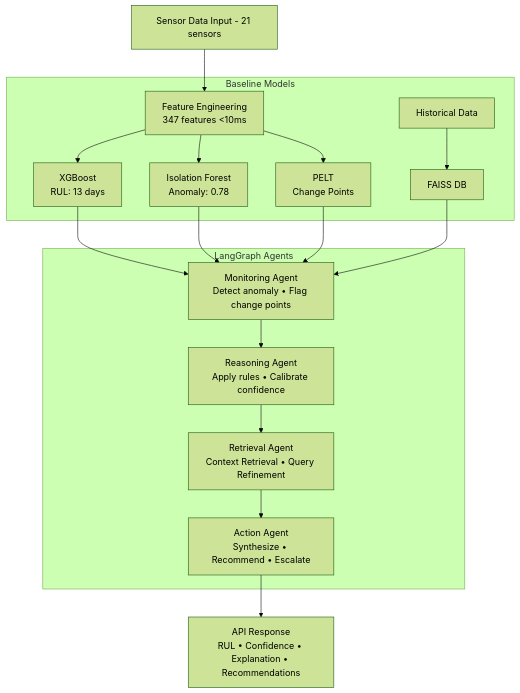
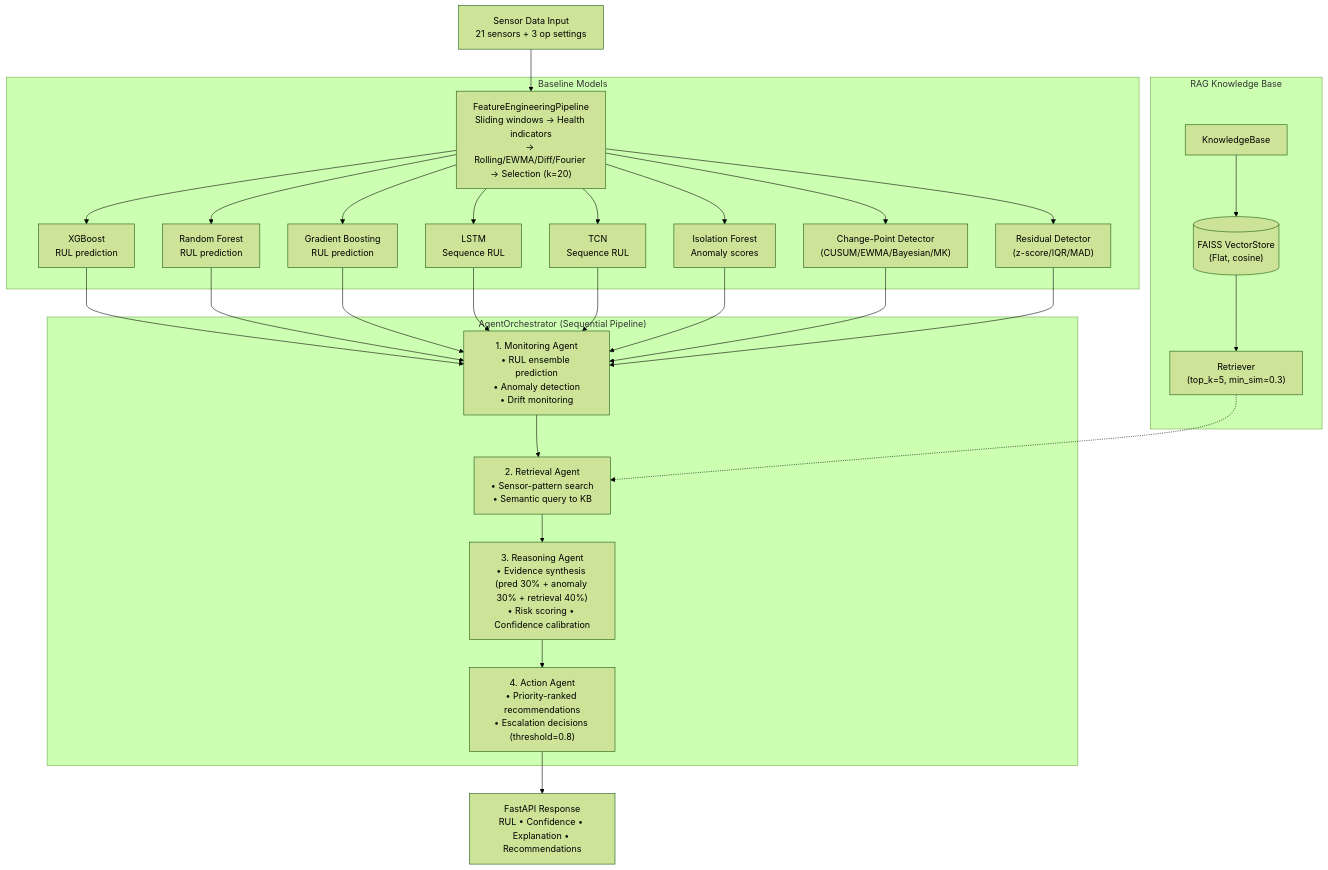
One commit to singh7985/Agentic-Early-Warning-Intelligence-System-for-Silent-System-Failures changed the third of 6 diagrams in docs/FINAL_REPORT.md. Above: the diagram before and after it, drawn with Mermaid (forest theme). The commit also changed other lines of this file, not shown here.

Commit message:
fix(docs): update FINAL_REPORT.md diagrams to match actual codebase - rewrite all 4 Mermaid diagrams, add 2 new diagrams, fix all component specs and appendices

````diff
--- a/docs/FINAL_REPORT.md
+++ b/docs/FINAL_REPORT.md
@@ -209,28 +243,37 @@
 ```mermaid
 flowchart TD
-    S["Sensor Data Input - 21 sensors"] --> FE["Feature Engineering<br>347 features <10ms"]
-    
-    subgraph BASE [Baseline Models]
-        FE --> XGB["XGBoost<br>RUL: 13 days"]
-        FE --> IF["Isolation Forest<br>Anomaly: 0.78"]
-        FE --> PELT["PELT<br>Change Points"]
-        Hist["Historical Data"] --> FAISS["FAISS DB"]
+    S["Sensor Data Input<br/>21 sensors + 3 op settings"] --> FEP["FeatureEngineeringPipeline<br/>Sliding windows → Health indicators<br/>→ Rolling/EWMA/Diff/Fourier → Selection (k=20)"]
+
+    subgraph BASE ["Baseline Models"]
+        FEP --> XGB["XGBoost<br/>RUL prediction"]
+        FEP --> RF["Random Forest<br/>RUL prediction"]
+        FEP --> GBR["Gradient Boosting<br/>RUL prediction"]
+        FEP --> LSTM["LSTM<br/>Sequence RUL"]
+        FEP --> TCN["TCN<br/>Sequence RUL"]
+        FEP --> IFD["Isolation Forest<br/>Anomaly scores"]
+        FEP --> CPD["Change-Point Detector<br/>(CUSUM/EWMA/Bayesian/MK)"]
+        FEP --> RAD["Residual Detector<br/>(z-score/IQR/MAD)"]
     end
-    
-    subgraph AGENTS [LangGraph Agents]
-        MA["Monitoring Agent<br>Detect anomaly • Flag change points"]
-        RA["Reasoning Agent<br>Apply rules • Calibrate confidence"]
-        RAG_A["Retrieval Agent<br>Context Retrieval • Query Refinement"]
-        AA["Action Agent<br>Synthesize • Recommend • Escalate"]
+
+    subgraph RAG_SYS ["RAG Knowledge Base"]
+        KB["KnowledgeBase"]
+        VS[("FAISS VectorStore<br/>(Flat, cosine)")]
+        RET["Retriever<br/>(top_k=5, min_sim=0.3)"]
+        KB --> VS --> RET
     end
-    
-    XGB --> MA
-    IF --> MA
-    PELT --> MA
-    FAISS --> MA
 
-    MA --> RA
-    RA --> RAG_A
-    RAG_A --> AA
-    AA --> API["API Response<br>RUL • Confidence • Explanation • Recommendations"]
+    subgraph AGENTS ["AgentOrchestrator (Sequential Pipeline)"]
+        MA["1. Monitoring Agent<br/>• RUL ensemble prediction<br/>• Anomaly detection<br/>• Drift monitoring"]
+        RTA["2. Retrieval Agent<br/>• Sensor-pattern search<br/>• Semantic query to KB"]
+        REA["3. Reasoning Agent<br/>• Evidence synthesis (pred 30% + anomaly 30% + retrieval 40%)<br/>• Risk scoring • Confidence calibration"]
+        AA["4. Action Agent<br/>• Priority-ranked recommendations<br/>• Escalation decisions (threshold=0.8)"]
+    end
+
+    XGB & RF & GBR & LSTM & TCN & IFD & CPD & RAD --> MA
+    MA --> RTA
+    RET -.-> RTA
+    RTA --> REA
+    REA --> AA
+
+    AA --> API["FastAPI Response<br/>RUL • Confidence • Explanation • Recommendations"]
 ```
````
